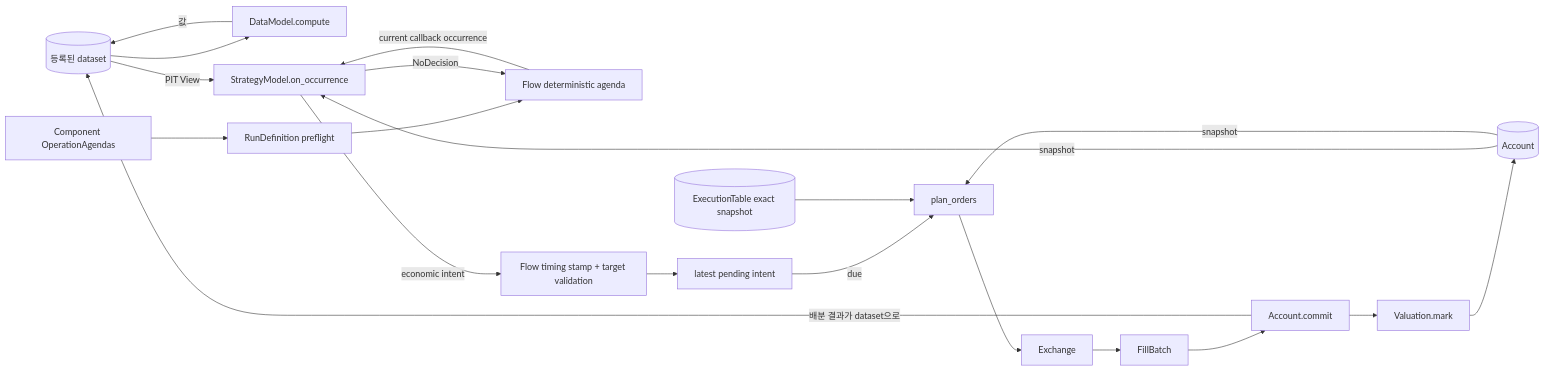
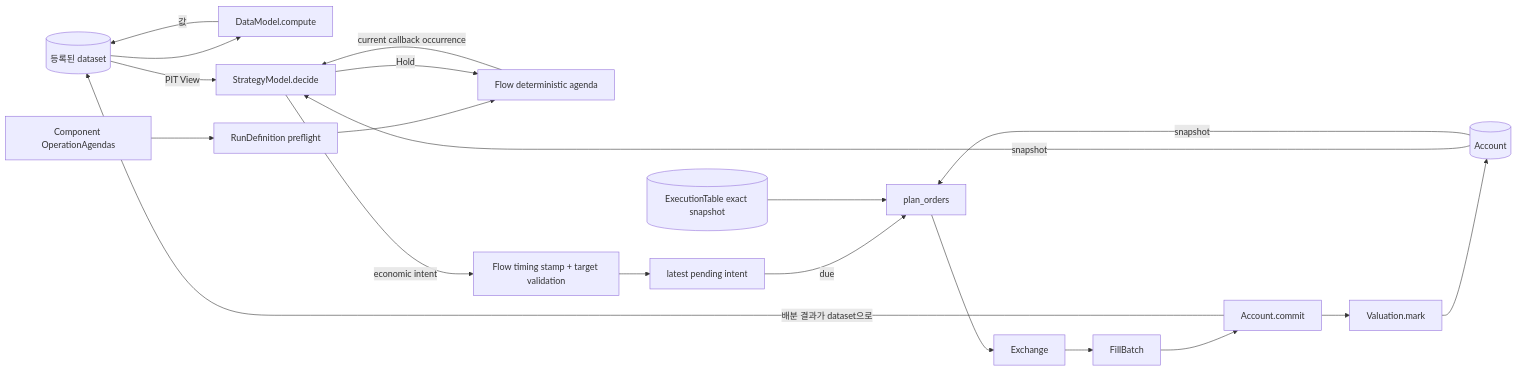
One commit to jaepil-choi/qlibx changed the diagram in docs/vqapr-architecture.md. Above: the diagram before and after it, drawn with Mermaid. The commit also changed other lines of this file and 51 other files, not shown here.

First line of the commit message:
Record 132: one StrategyModel

````diff
--- a/docs/vqapr-architecture.md
+++ b/docs/vqapr-architecture.md
@@ -14,22 +14,22 @@
 ```mermaid
 flowchart LR
     Raw[(등록된 dataset)] --> DM[DataModel.compute]
     DM -->|값| Raw
     A[Component OperationAgendas] --> Freeze[RunDefinition preflight]
     Freeze --> Loop[Flow deterministic agenda]
-    Loop -->|current callback occurrence| S[StrategyModel.on_occurrence]
+    Loop -->|current callback occurrence| S[StrategyModel.decide]
     Raw -->|PIT View| S
     Acc[(Account)] -->|snapshot| S
-    S -->|NoDecision| Loop
+    S -->|Hold| Loop
     S -->|economic intent| Accept[Flow timing stamp + target validation]
     Accept --> Pending[latest pending intent]
     Pending -->|due| P[plan_orders]
     Acc -->|snapshot| P
     ExecData[(ExecutionTable exact snapshot)] --> P
     P --> X[Exchange]
     X --> F[FillBatch]
     F --> C[Account.commit]
     C --> M[Valuation.mark]
     M --> Acc
     C -->|배분 결과가 dataset으로| Raw
 ```
````
